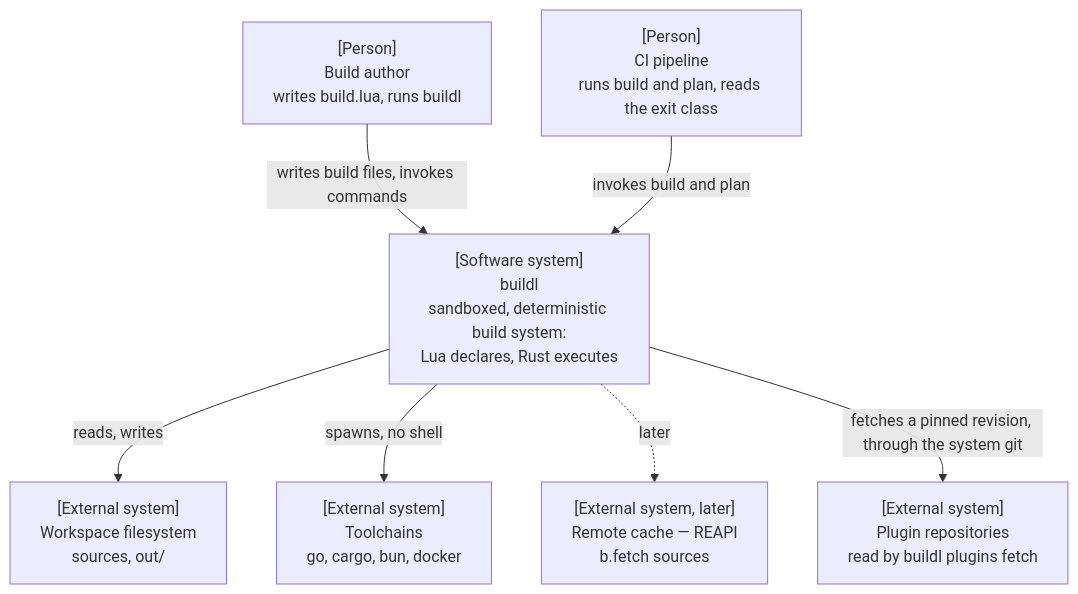
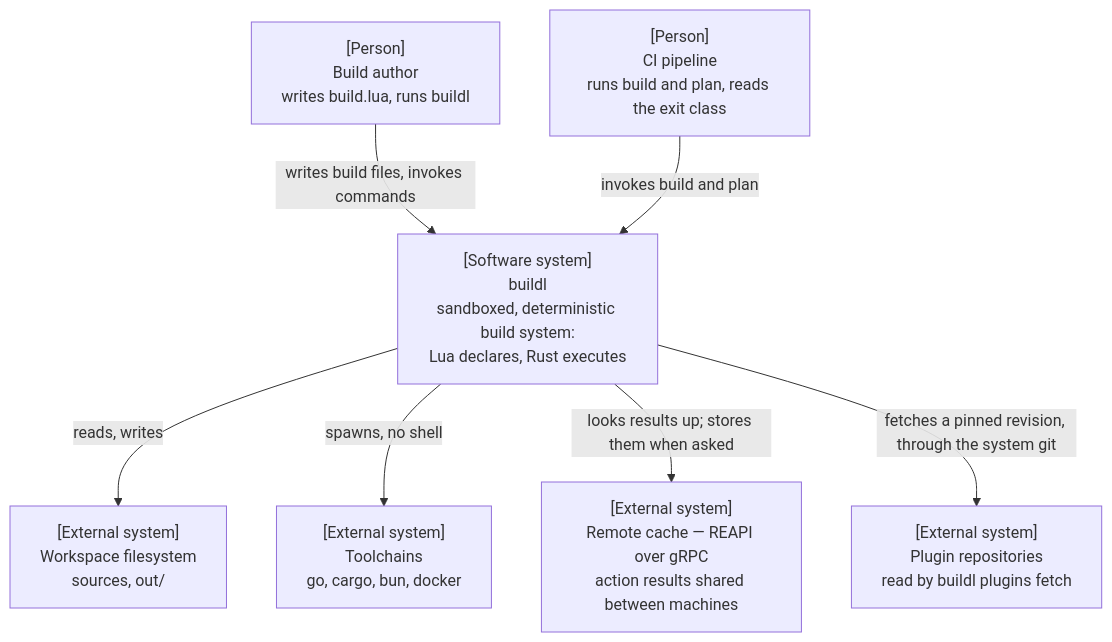
One commit to airsstack/buildl changed the second of 7 diagrams in docs/architecture-building-blocks.md. Above: the diagram before and after it, drawn with Mermaid. The commit also changed other lines of this file and 134 other files, not shown here.

First line of the commit message:
feat(repo): remote cache via REAPI (#17)

````diff
--- a/docs/architecture-building-blocks.md
+++ b/docs/architecture-building-blocks.md
@@ -62,17 +62,17 @@
 ```mermaid
 %% C4 level 1 — system context
 graph TD
     AUTHOR["[Person]<br/>Build author<br/>writes build.lua, runs buildl"]
     CI["[Person]<br/>CI pipeline<br/>runs build and plan, reads the exit class"]
     BUILDL["[Software system]<br/>buildl<br/>sandboxed, deterministic build system:<br/>Lua declares, Rust executes"]
     WS["[External system]<br/>Workspace filesystem<br/>sources, out/"]
     TOOLS["[External system]<br/>Toolchains<br/>go, cargo, bun, docker"]
-    REMOTE["[External system, later]<br/>Remote cache — REAPI<br/>b.fetch sources"]
+    REMOTE["[External system]<br/>Remote cache — REAPI over gRPC<br/>action results shared between machines"]
     GIT["[External system]<br/>Plugin repositories<br/>read by buildl plugins fetch"]
     AUTHOR -->|"writes build files, invokes commands"| BUILDL
     CI -->|"invokes build and plan"| BUILDL
     BUILDL -->|"reads, writes"| WS
     BUILDL -->|"spawns, no shell"| TOOLS
-    BUILDL -.->|"later"| REMOTE
+    BUILDL -->|"looks results up; stores them when asked"| REMOTE
     BUILDL -->|"fetches a pinned revision, through the system git"| GIT
 ```
````
